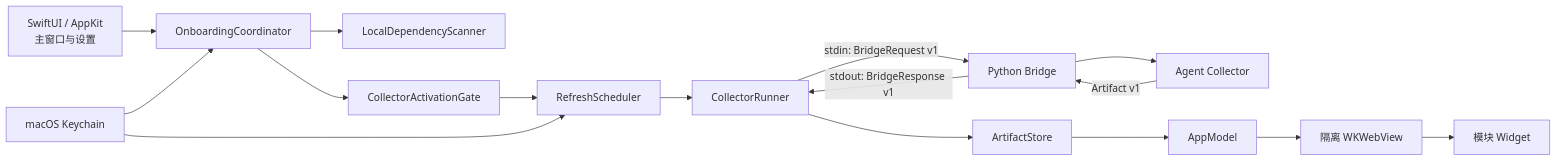
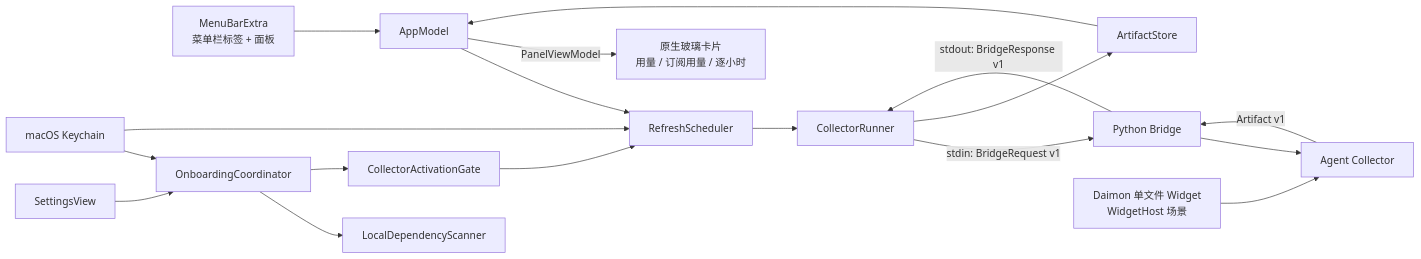
Before and after one commit to 4everSivan/Bruce: the diagram in docs/development/mddd 设计文档.md, drawn with Mermaid. The commit also changed other lines of this file and 44 other files, not shown here.

````diff
--- a/docs/development/mddd 设计文档.md
+++ b/docs/development/mddd 设计文档.md
@@ -402,18 +420,20 @@
 ```mermaid
 flowchart LR
-    UI["SwiftUI / AppKit<br/>主窗口与设置"] --> CO["OnboardingCoordinator"]
+    MENU["MenuBarExtra<br/>菜单栏标签 + 面板"] --> APP["AppModel"]
+    APP --> SCHED["RefreshScheduler"]
+    SETTINGS["SettingsView"] --> CO["OnboardingCoordinator"]
     CO --> SCAN["LocalDependencyScanner"]
     CO --> GATE["CollectorActivationGate"]
     GATE --> SCHED["RefreshScheduler"]
     SCHED --> RUNNER["CollectorRunner"]
     RUNNER -->|stdin: BridgeRequest v1| BRIDGE["Python Bridge"]
     BRIDGE --> AGENT["Agent Collector"]
     AGENT -->|Artifact v1| BRIDGE
     BRIDGE -->|stdout: BridgeResponse v1| RUNNER
     RUNNER --> STORE["ArtifactStore"]
-    STORE --> MODEL["AppModel"]
-    MODEL --> HOST["隔离 WKWebView"]
-    HOST --> WIDGET["模块 Widget"]
+    STORE --> APP
+    APP -->|PanelViewModel| PANEL["原生玻璃卡片<br/>用量 / 订阅用量 / 逐小时"]
     KEYCHAIN["macOS Keychain"] --> CO
     KEYCHAIN --> SCHED
+    WIDGET["Daimon 单文件 Widget<br/>WidgetHost 场景"] --> AGENT
 ```
````
